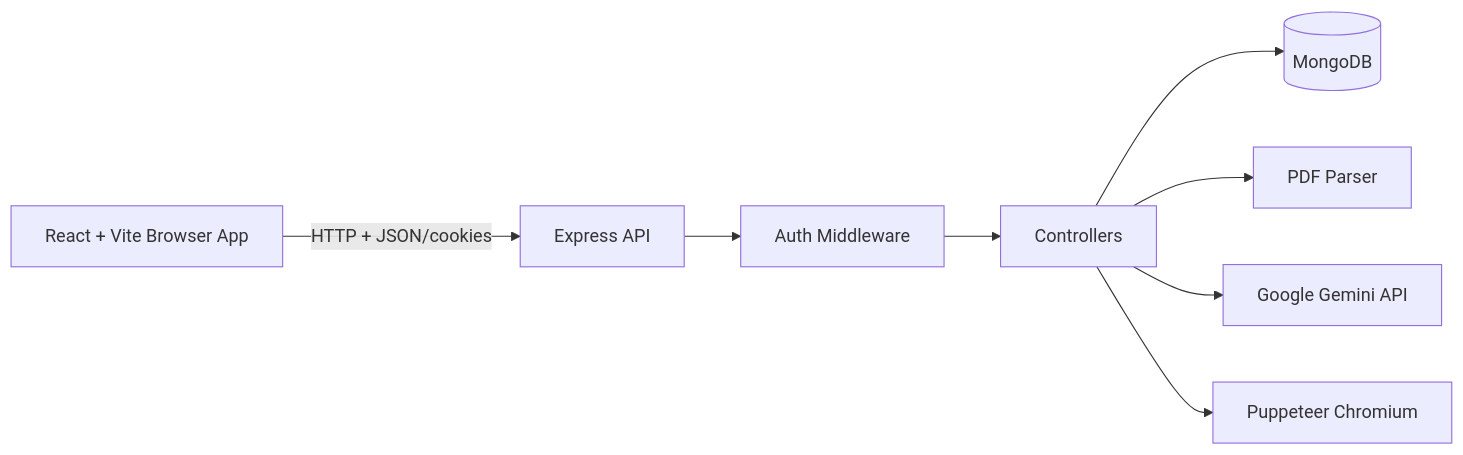
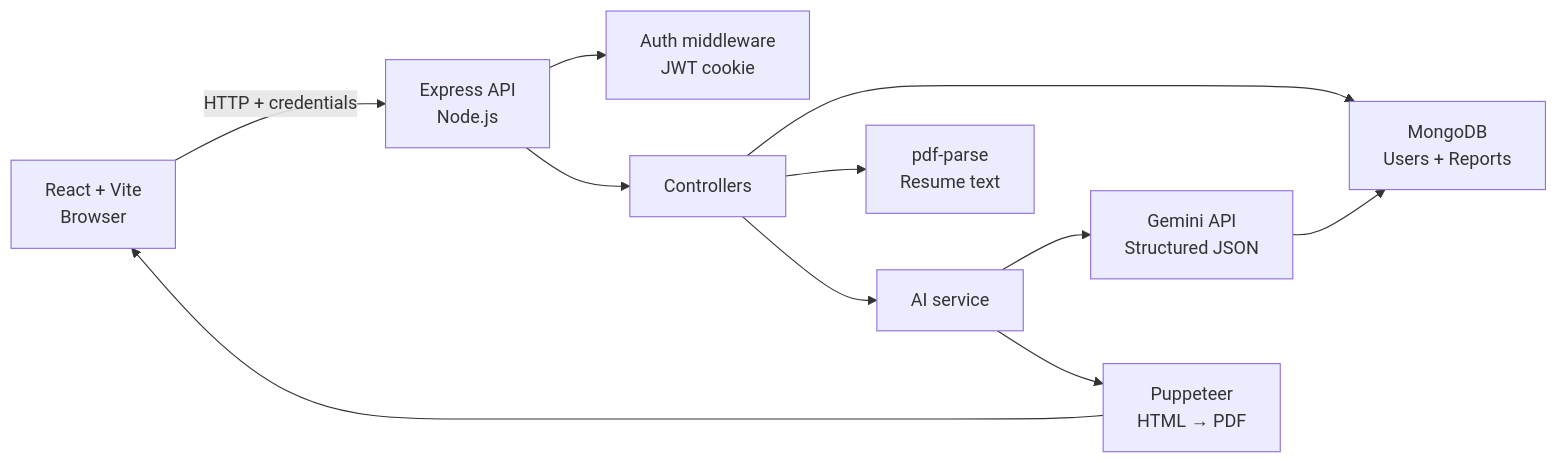
One commit to SonamNarula/hirelens-nexus changed the first of 8 diagrams in README.md. Above: the diagram before and after it, drawn with Mermaid. The commit also changed other lines of this file, not shown here.

First line of the commit message:
docs: add flagship HireLens architecture guide

````diff
--- a/README.md
+++ b/README.md
@@ -250,19 +244,13 @@
 ```mermaid
 flowchart LR
-    Browser[React + Vite Browser App]
-    API[Express API]
-    Auth[Auth Middleware]
-    Controllers[Controllers]
-    Mongo[(MongoDB)]
-    PDF[PDF Parser]
-    Gemini[Google Gemini API]
-    Puppeteer[Puppeteer Chromium]
-
-    Browser -->|HTTP + JSON/cookies| API
-    API --> Auth
-    Auth --> Controllers
-    Controllers --> Mongo
-    Controllers --> PDF
-    Controllers --> Gemini
-    Controllers --> Puppeteer
+    Browser["React + Vite<br/>Browser"] -->|HTTP + credentials| API["Express API<br/>Node.js"]
+    API --> Auth["Auth middleware<br/>JWT cookie"]
+    API --> Controllers["Controllers"]
+    Controllers --> Mongo["MongoDB<br/>Users + Reports"]
+    Controllers --> PDF["pdf-parse<br/>Resume text"]
+    Controllers --> AI["AI service"]
+    AI --> Gemini["Gemini API<br/>Structured JSON"]
+    AI --> Chrome["Puppeteer<br/>HTML → PDF"]
+    Chrome --> Browser
+    Gemini --> Mongo
 ```
````
